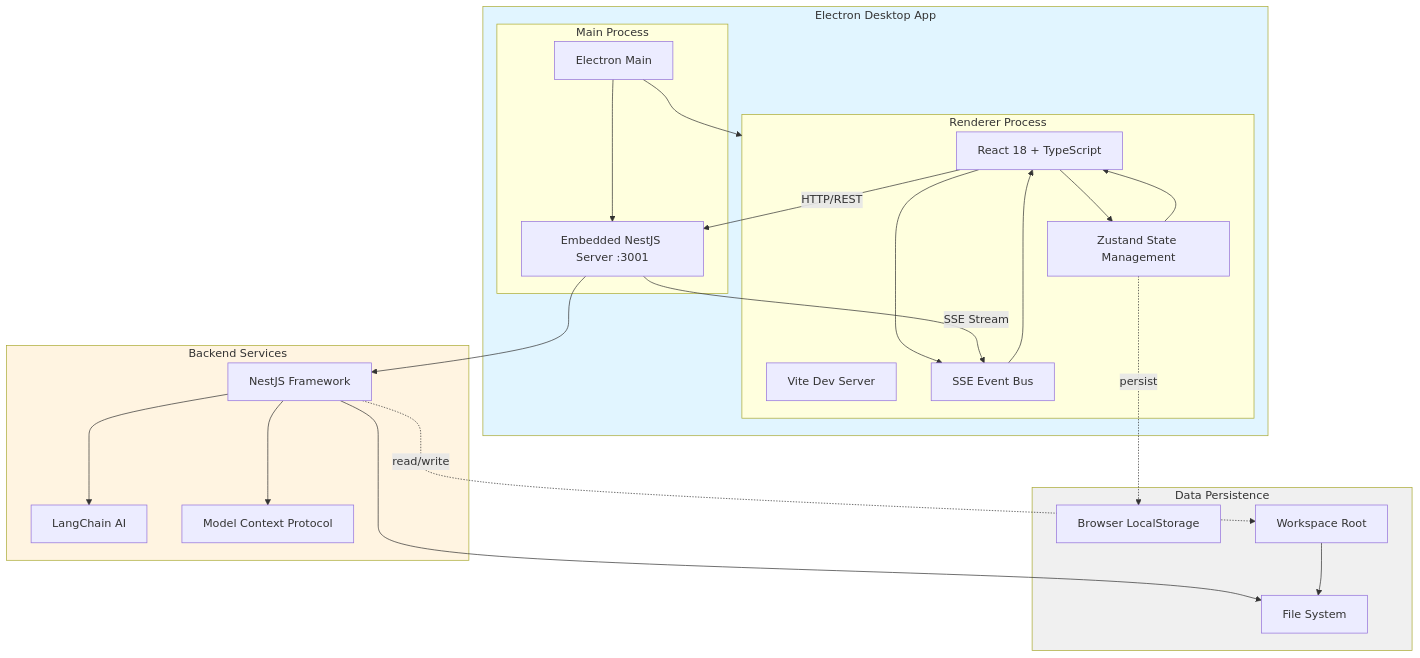
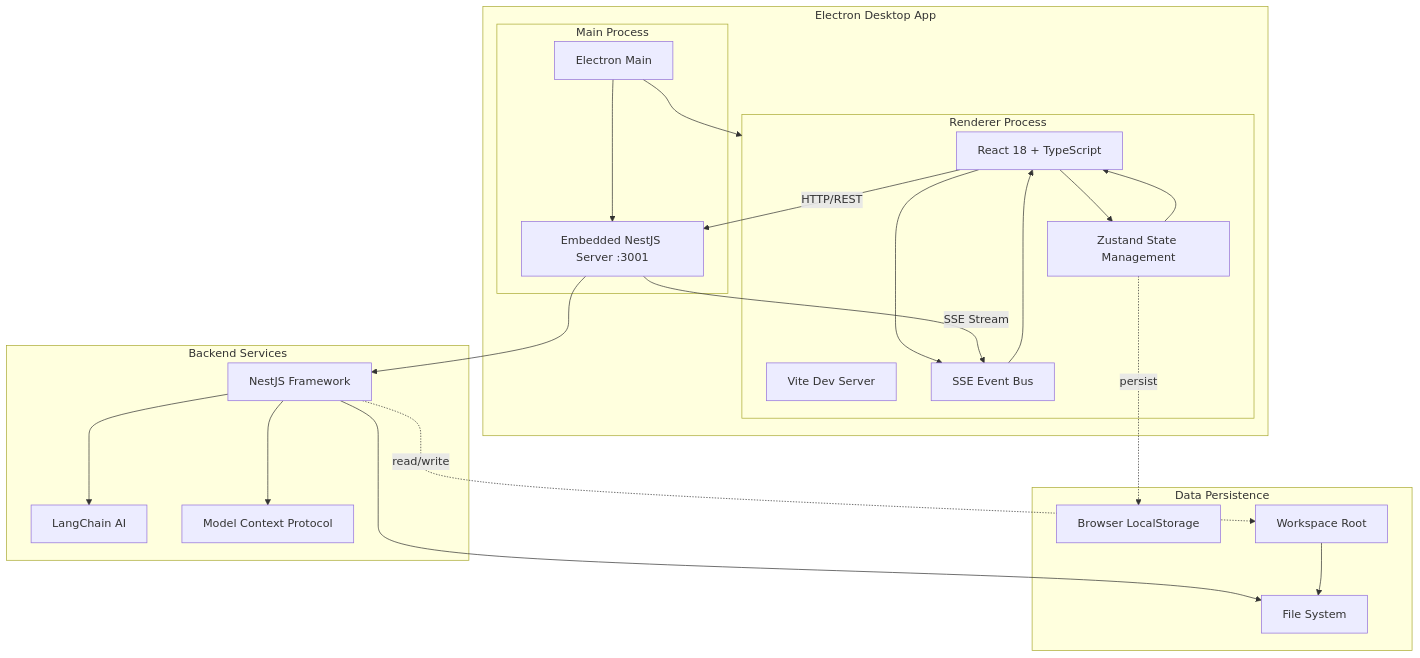
One commit to sengac/mindstrike changed the first of 7 diagrams in spec/FOUNDATION.md. Above: the diagram before and after it, drawn with Mermaid. The commit also changed other lines of this file and 1 other file, not shown here.

Commit message:
fix: remove diagram colours

````diff
--- a/spec/FOUNDATION.md
+++ b/spec/FOUNDATION.md
@@ -66,53 +66,49 @@
 ```mermaid
 graph TB
     subgraph Electron["Electron Desktop App"]
         subgraph Renderer["Renderer Process"]
             React["React 18 + TypeScript"]
             Vite["Vite Dev Server"]
             Zustand["Zustand State Management"]
             SSEBus["SSE Event Bus"]
         end
         
         subgraph Main["Main Process"]
             ElectronMain["Electron Main"]
             NestServer["Embedded NestJS Server :3001"]
         end
     end
     
     subgraph Backend["Backend Services"]
         NestJS["NestJS Framework"]
         LangChain["LangChain AI"]
         MCP["Model Context Protocol"]
     end
     
     subgraph Storage["Data Persistence"]
         FileSystem["File System"]
         LocalStorage["Browser LocalStorage"]
         Workspace["Workspace Root"]
     end
     
     React --> Zustand
     React --> SSEBus
     Zustand --> React
     SSEBus --> React
     
     React -->|HTTP/REST| NestServer
     NestServer -->|SSE Stream| SSEBus
     
     ElectronMain --> NestServer
     ElectronMain --> Renderer
     
     NestServer --> NestJS
     NestJS --> LangChain
     NestJS --> MCP
     NestJS --> FileSystem
     
     Zustand -.->|persist| LocalStorage
     NestJS -.->|read/write| Workspace
     
     Workspace --> FileSystem
-    
-    style Electron fill:#e1f5ff
-    style Backend fill:#fff4e1
-    style Storage fill:#f0f0f0
 ```
````
